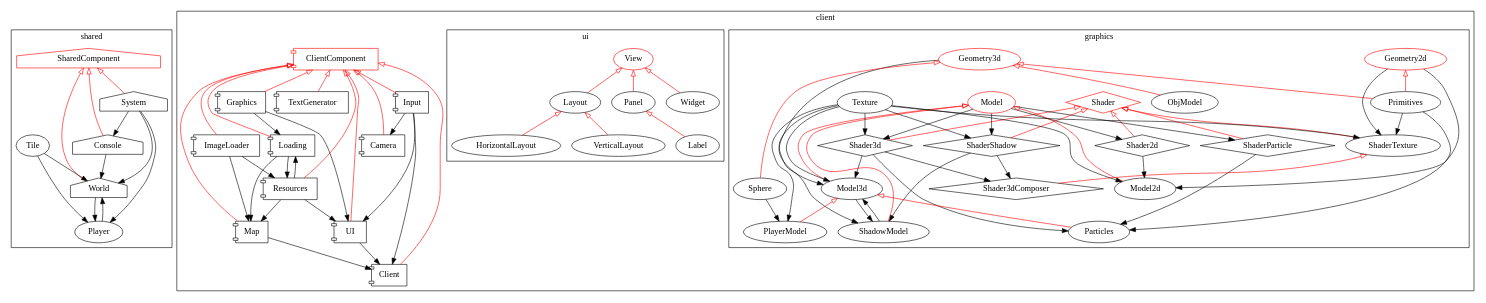
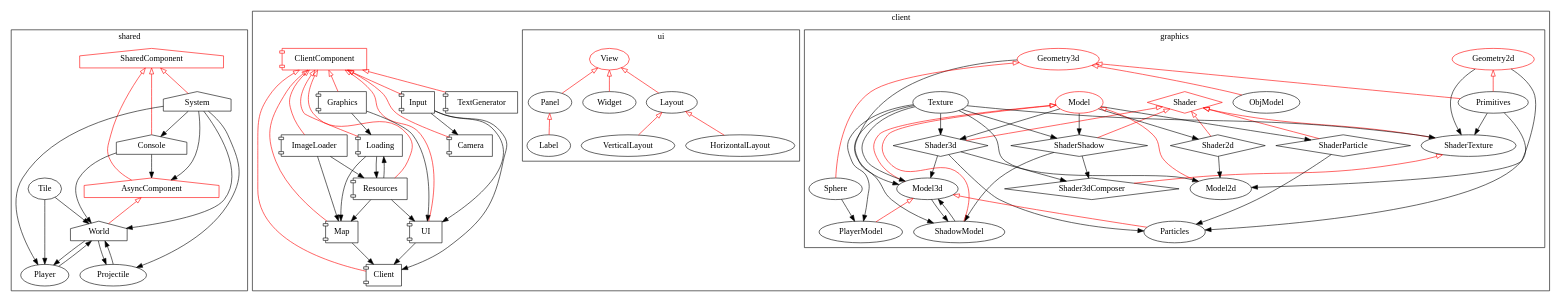
Before and after one commit to AsGreyWolf/Teeworlds3d: the diagram in graph.dot, drawn with Graphviz. The commit also changed 34 other files, not shown here.

```diff
--- a/graph.dot
+++ b/graph.dot
@@ -2,22 +2,29 @@
  	subgraph cluster_0 {
  		label="shared";
  		SharedComponent [shape=house color=red];
+ 		AsyncComponent [shape=house color=red];
  		Console [shape=house];
 	 	System [shape=house];
 	 	World [shape=house];
 	 	Tile;
 	 	Player;
+		Projectile;
 		SharedComponent->Console[color=red arrowhead=none arrowtail=empty dir=back];
 		SharedComponent->System[color=red arrowhead=none arrowtail=empty dir=back];
-		SharedComponent->World[color=red arrowhead=none arrowtail=empty dir=back];
+		SharedComponent->AsyncComponent->World[color=red arrowhead=none arrowtail=empty dir=back];
 		World->Player;
 		System->Player;
 		Tile->Player;
+		World->Projectile;
+		System->Projectile;
 		Player->World;
 		Tile->World;
+		Projectile->World;
 		Console->World;
 		System->World;
 		System->Console;
+		System->AsyncComponent;
+		Console->AsyncComponent;
  	}
  	subgraph cluster_1 {
  		label="client";
```
